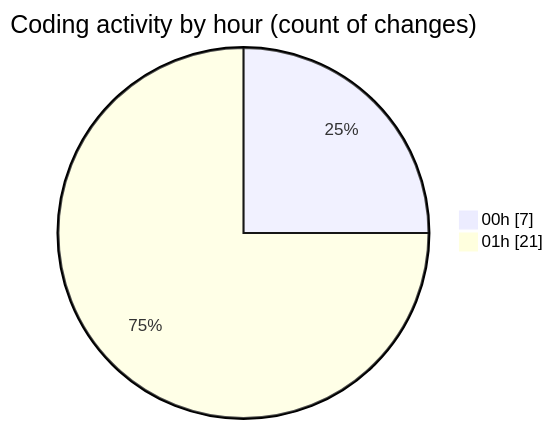
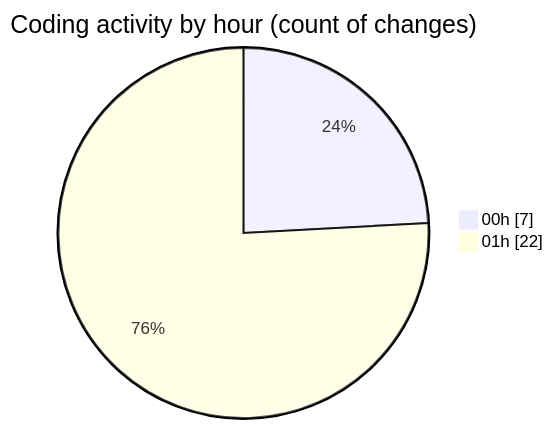
The second of 2 diagrams in 2025-08-06/tw-server/README.md (EIIisD/code-tracking), drawn with Mermaid before and after one commit. The commit also changed other lines of this file and 1 other file, not shown here.

````diff
--- a/2025-08-06/tw-server/README.md
+++ b/2025-08-06/tw-server/README.md
@@ -34,6 +35,6 @@
 ```mermaid
 pie showData
 title Coding activity by hour (count of changes)
 "00h" : 7
-"01h" : 21
+"01h" : 22
 ```
````
